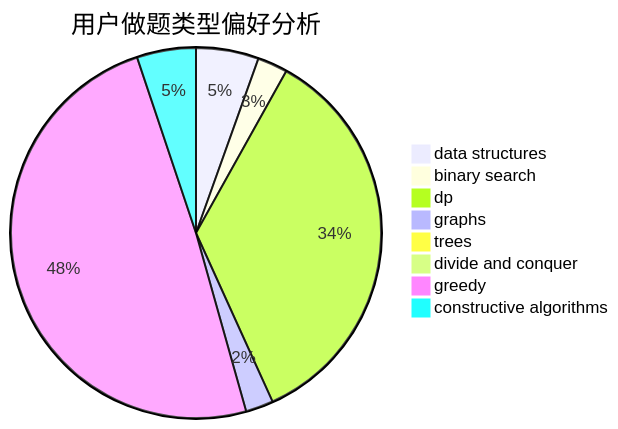
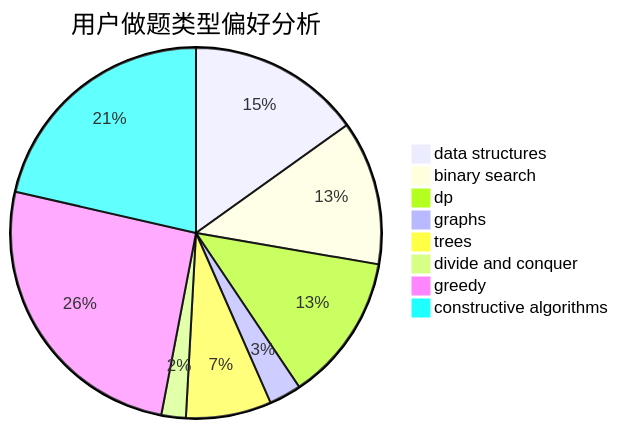
One commit to sherpahu/cfrs.github.io changed the second of 3 diagrams in docs/user/u831.md. Above: the diagram before and after it, drawn with Mermaid. The commit also changed other lines of this file and 2770 other files, not shown here.

````diff
--- a/docs/user/u831.md
+++ b/docs/user/u831.md
@@ -23,11 +23,11 @@
 ```mermaid
 pie title 用户做题类型偏好分析
-    "data structures" :  52
-    "binary search" :  25
-    "dp" :  334
-    "graphs" :  23
-    "trees" :  9
-    "divide and conquer" :  9
-    "greedy" :  468
-    "constructive algorithms" :  49
+    "data structures" :  156
+    "binary search" :  130
+    "dp" :  133
+    "graphs" :  29
+    "trees" :  77
+    "divide and conquer" :  22
+    "greedy" :  264
+    "constructive algorithms" :  221
 ```
````
